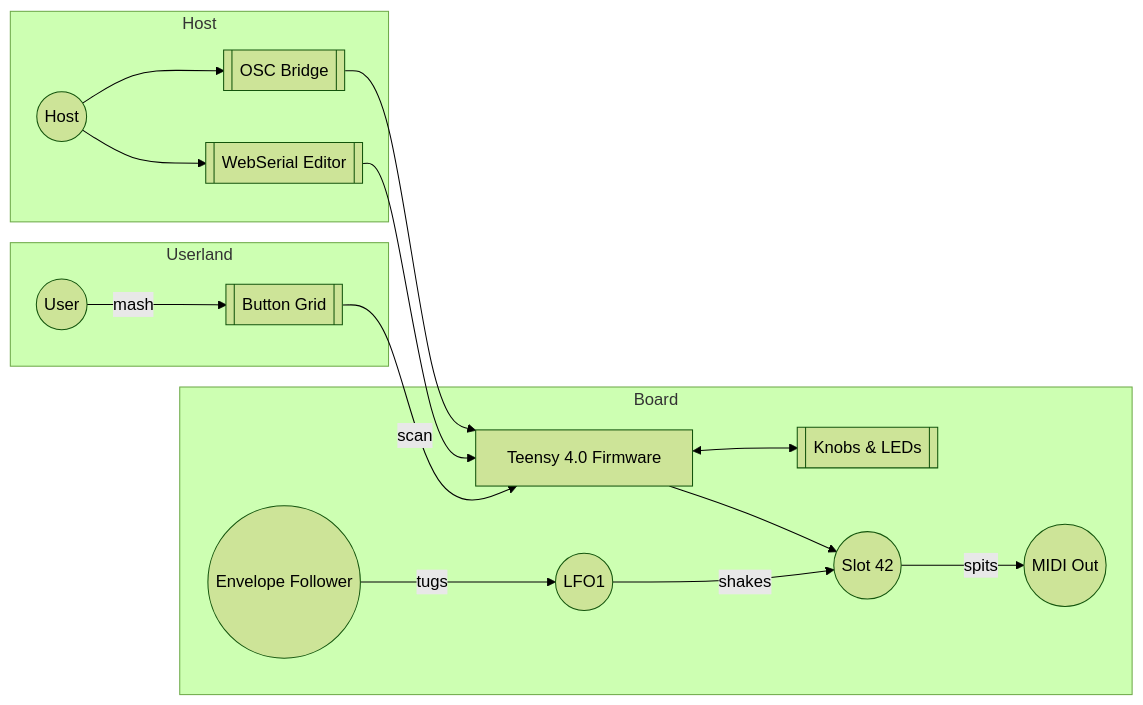
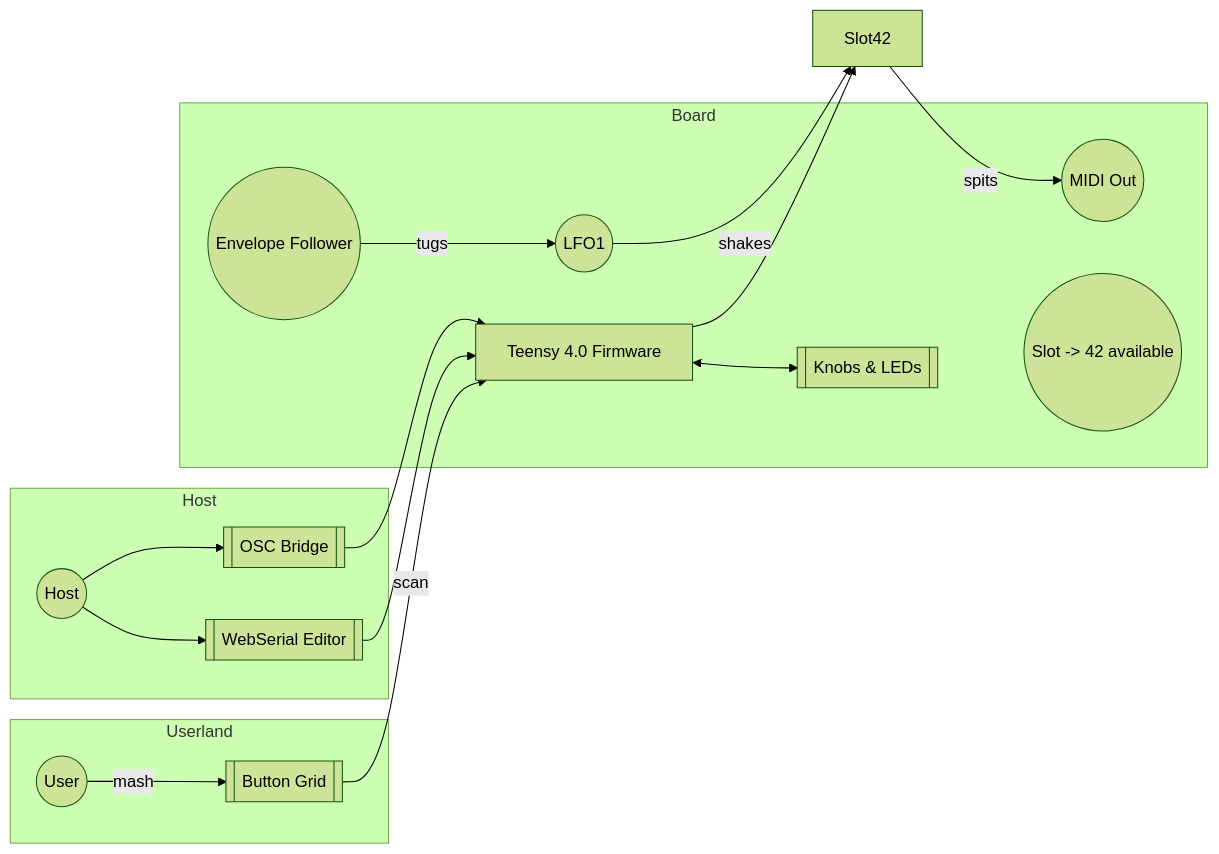
The diagram in README.md (bseverns/MOARkNOBS-42), drawn with Mermaid (forest theme) before and after one commit. The commit also changed other lines of this file, not shown here.

````diff
--- a/README.md
+++ b/README.md
@@ -45,26 +45,26 @@
 ```mermaid
 flowchart LR
   subgraph Userland
     User((User))
     Grid[[Button Grid]]
   end
   subgraph Host
     HostPC((Host))
     WebSerial[[WebSerial Editor]]
     Bridge[[OSC Bridge]]
   end
   subgraph Board
     Firmware[Teensy 4.0 Firmware]
     Hardware[[Knobs & LEDs]]
     MIDIOut((MIDI Out))
     LFO1((LFO1))
     Env((Envelope Follower))
-    Slot42((Slot 42))
+    Slot((Slot -> 42 available))
   end
   User -->|mash| Grid -->|scan| Firmware
   HostPC --> WebSerial --> Firmware
   HostPC --> Bridge --> Firmware
   Firmware <--> Hardware
   Env -->|tugs| LFO1 -->|shakes| Slot42 -->|spits| MIDIOut
   Firmware --> Slot42
 ```
````
